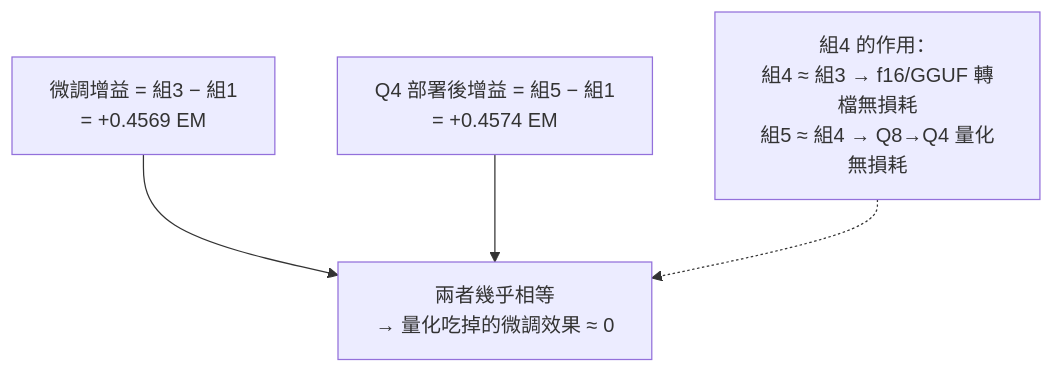
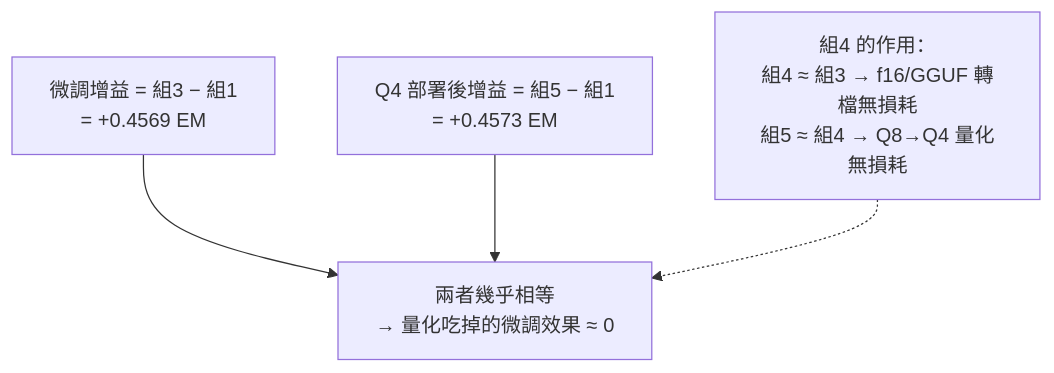
One commit to kuotunyu/local-llm-lifecycle changed the third of 4 diagrams in EVAL_REPORT.md. Above: the diagram before and after it, drawn with Mermaid. The commit also changed other lines of this file and 9 other files, not shown here.

````diff
--- a/EVAL_REPORT.md
+++ b/EVAL_REPORT.md
@@ -96,8 +96,8 @@
 ```mermaid
 flowchart TB
     A["微調增益 = 組3 − 組1<br>= +0.4569 EM"]
-    B["Q4 部署後增益 = 組5 − 組1<br>= +0.4574 EM"]
+    B["Q4 部署後增益 = 組5 − 組1<br>= +0.4573 EM"]
     A --> C["兩者幾乎相等<br>→ 量化吃掉的微調效果 ≈ 0"]
     B --> C
     D["組4 的作用：<br>組4 ≈ 組3 → f16/GGUF 轉檔無損耗<br>組5 ≈ 組4 → Q8→Q4 量化無損耗"] -.-> C
 ```
````
